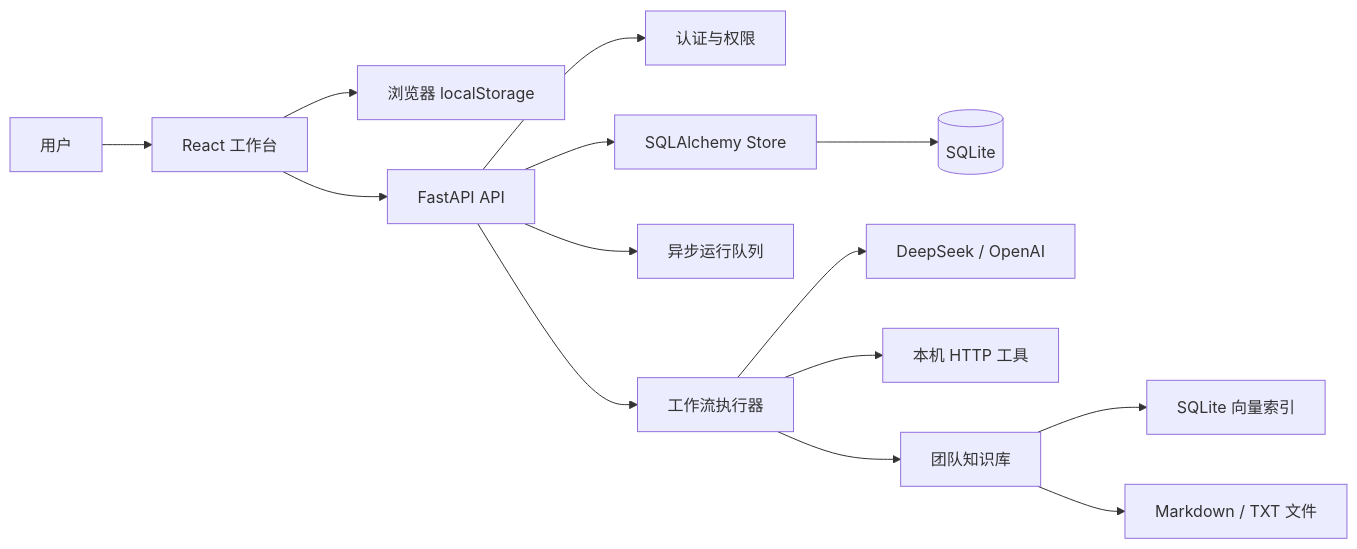
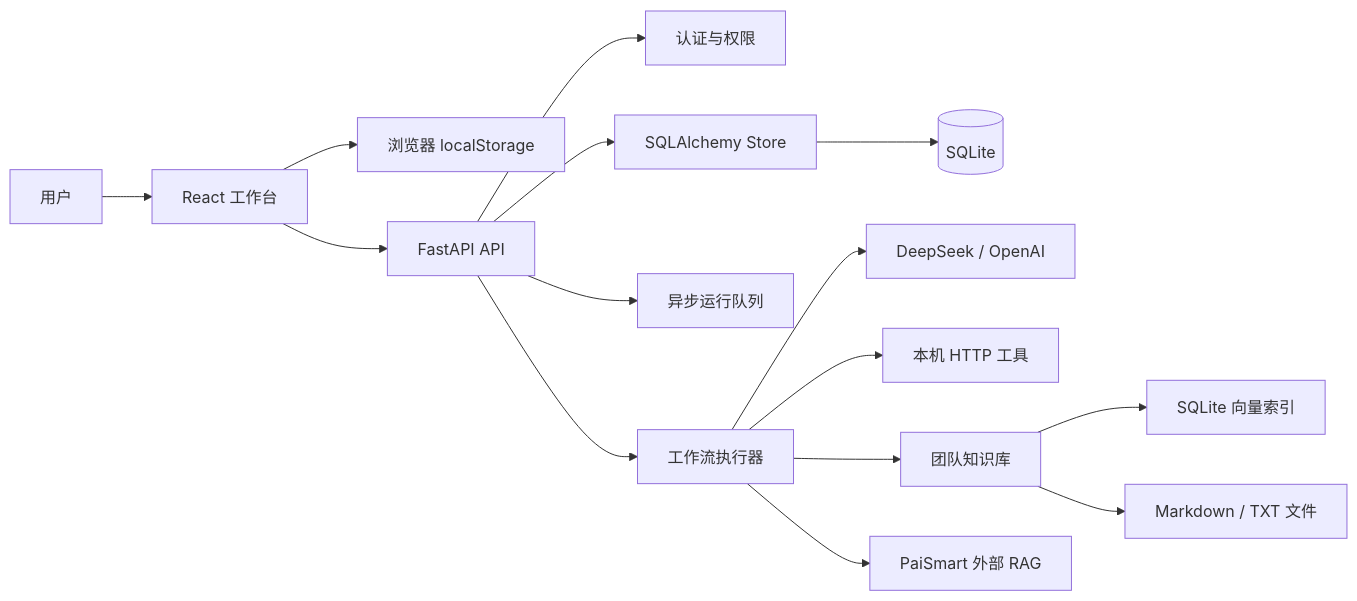
Before and after one commit to 996963759/workflow-studio: the first of 3 diagrams in docs/architecture.md, drawn with Mermaid. The commit also changed other lines of this file and 10 other files, not shown here.

````diff
--- a/docs/architecture.md
+++ b/docs/architecture.md
@@ -5,16 +5,17 @@
 ```mermaid
 flowchart LR
   User[用户] --> UI[React 工作台]
   UI --> Local[浏览器 localStorage]
   UI --> API[FastAPI API]
   API --> Auth[认证与权限]
   API --> Store[SQLAlchemy Store]
   Store --> DB[(SQLite)]
   API --> Jobs[异步运行队列]
   API --> Runner[工作流执行器]
   Runner --> LLM[DeepSeek / OpenAI]
   Runner --> Tool[本机 HTTP 工具]
   Runner --> KB[团队知识库]
   KB --> Vector[SQLite 向量索引]
   KB --> Files[Markdown / TXT 文件]
+  Runner --> PaiSmart[PaiSmart 外部 RAG]
 ```
````
